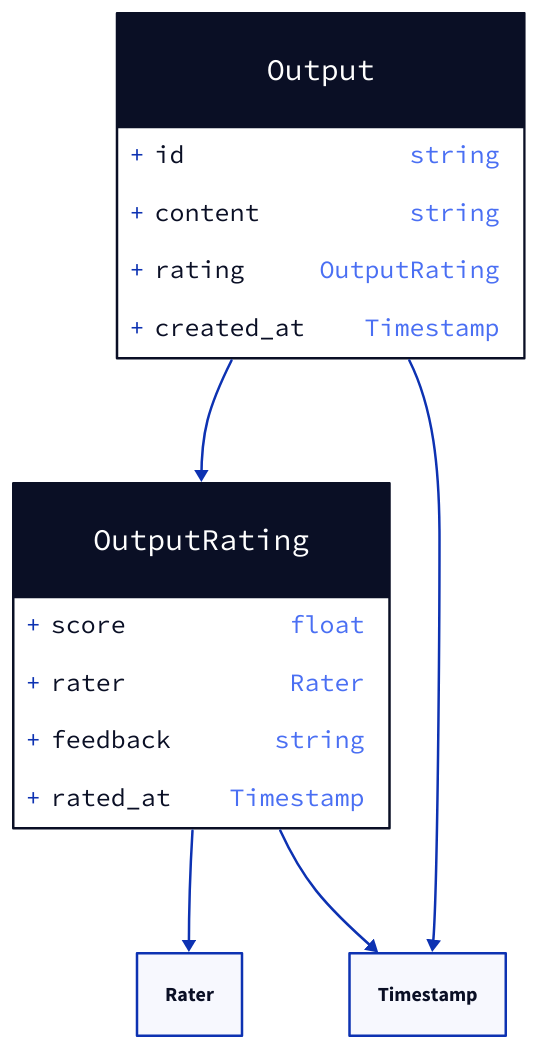
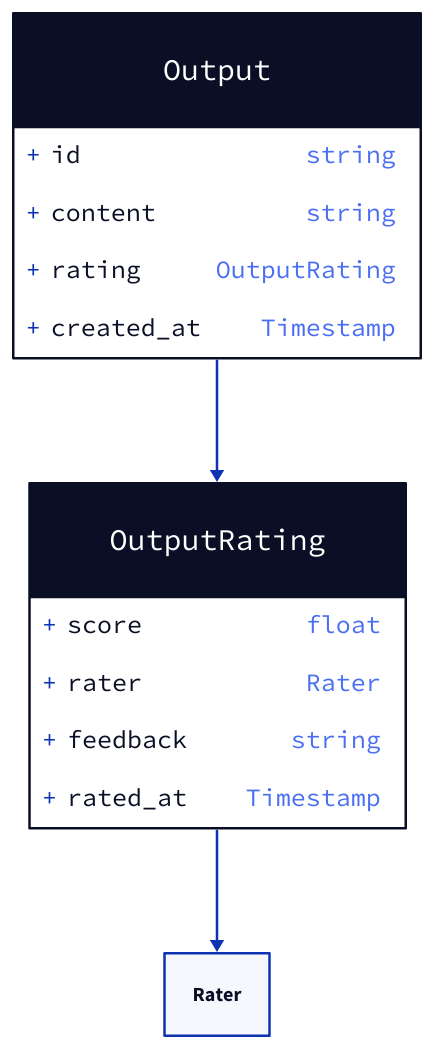
Before and after one commit to tmc/language-model-management: the diagram in docs/llm/v1/output.d2, drawn with D2. The commit also changed other lines of this file and 8 other files, not shown here.

```diff
--- a/docs/llm/v1/output.d2
+++ b/docs/llm/v1/output.d2
@@ -1,24 +1,24 @@
 
 # Package - llm.v1
 
 # Class - Output
 Output: {
   shape: class
   id: string
   content: string
   rating: OutputRating
   created_at: Timestamp
 }
+
 Output -> OutputRating
-Output -> Timestamp
 
 # Class - OutputRating
 OutputRating: {
   shape: class
   score: float
   rater: Rater
   feedback: string
   rated_at: Timestamp
 }
+
 OutputRating -> Rater
-OutputRating -> Timestamp
```
